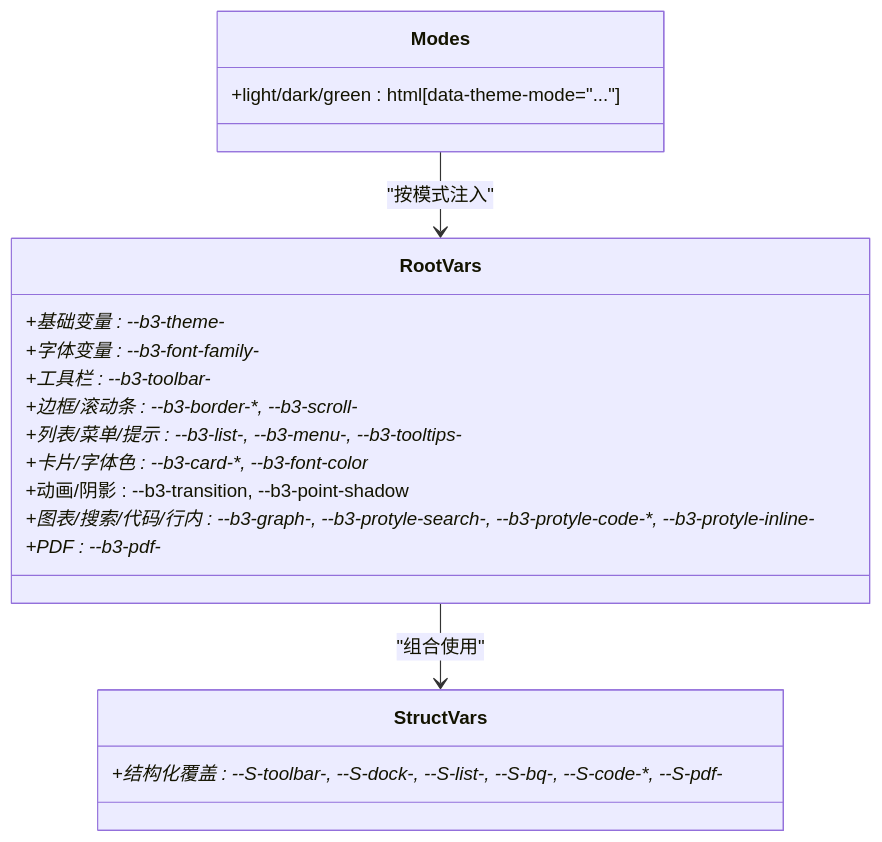
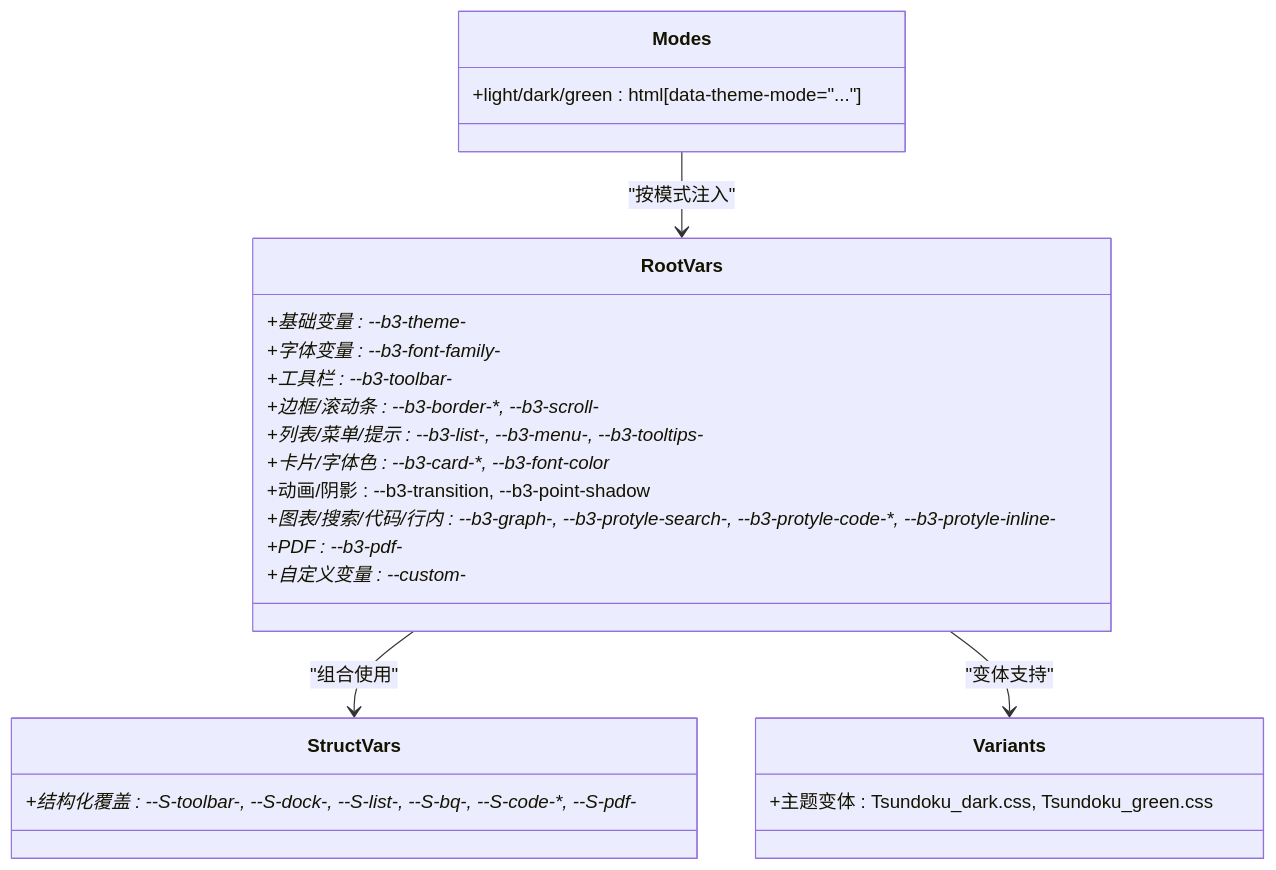
One commit to terwer/siyuan-plugin-blog changed the fourth of 6 diagrams in .qoder/repowiki/zh/content/主题开发.md. Above: the diagram before and after it, drawn with Mermaid. The commit also changed other lines of this file and 6 other files, not shown here.

````diff
--- a/.qoder/repowiki/zh/content/主题开发.md
+++ b/.qoder/repowiki/zh/content/主题开发.md
@@ -182,22 +214,27 @@
 ```mermaid
 classDiagram
 class RootVars {
 +基础变量 : --b3-theme-*
 +字体变量 : --b3-font-family-*
 +工具栏 : --b3-toolbar-*
 +边框/滚动条 : --b3-border-*, --b3-scroll-*
 +列表/菜单/提示 : --b3-list-*, --b3-menu-*, --b3-tooltips-*
 +卡片/字体色 : --b3-card-*, --b3-font-color*
 +动画/阴影 : --b3-transition, --b3-point-shadow
 +图表/搜索/代码/行内 : --b3-graph-*, --b3-protyle-search-*, --b3-protyle-code-*, --b3-protyle-inline-*
 +PDF : --b3-pdf-*
++自定义变量 : --custom-*
 }
 class StructVars {
 +结构化覆盖 : --S-toolbar-*, --S-dock-*, --S-list-*, --S-bq-*, --S-code-*, --S-pdf-*
+}
+class Variants {
++主题变体 : Tsundoku_dark.css, Tsundoku_green.css
 }
 class Modes {
 +light/dark/green : html[data-theme-mode="..."]
 }
 RootVars --> StructVars : "组合使用"
+RootVars --> Variants : "变体支持"
 Modes --> RootVars : "按模式注入"
 ```
````
